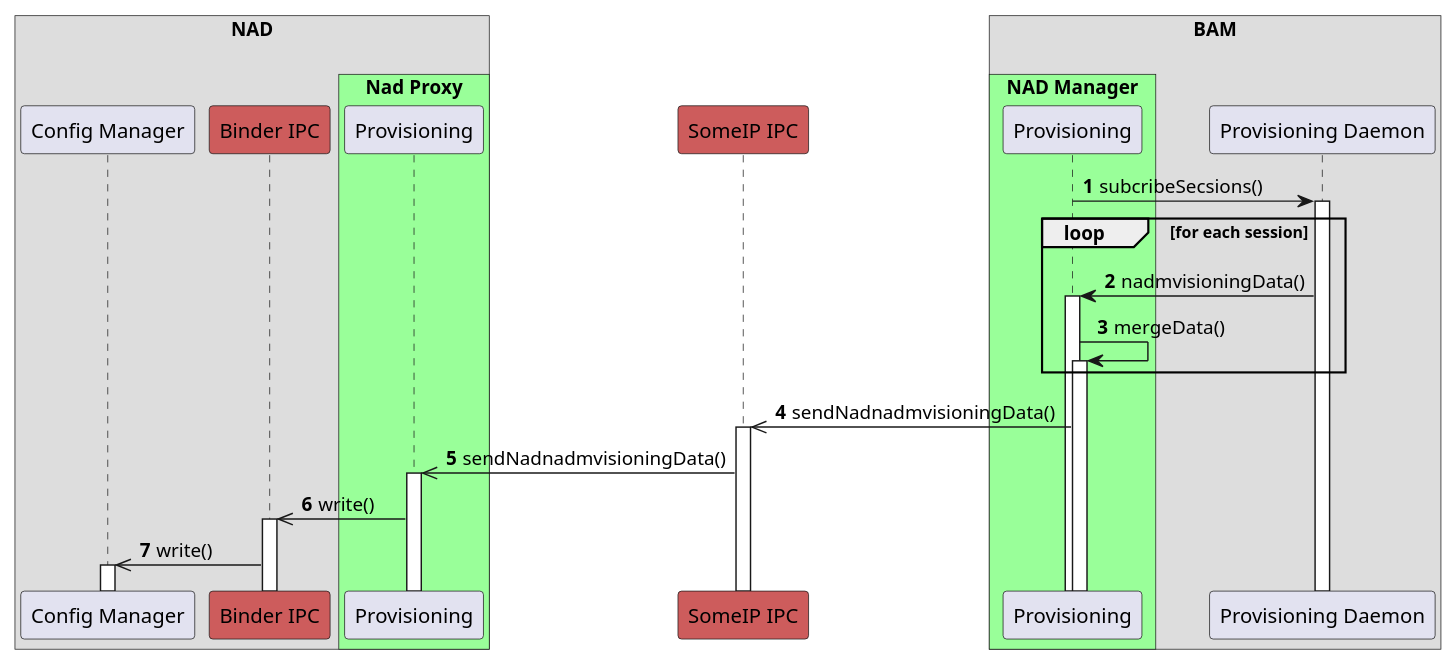
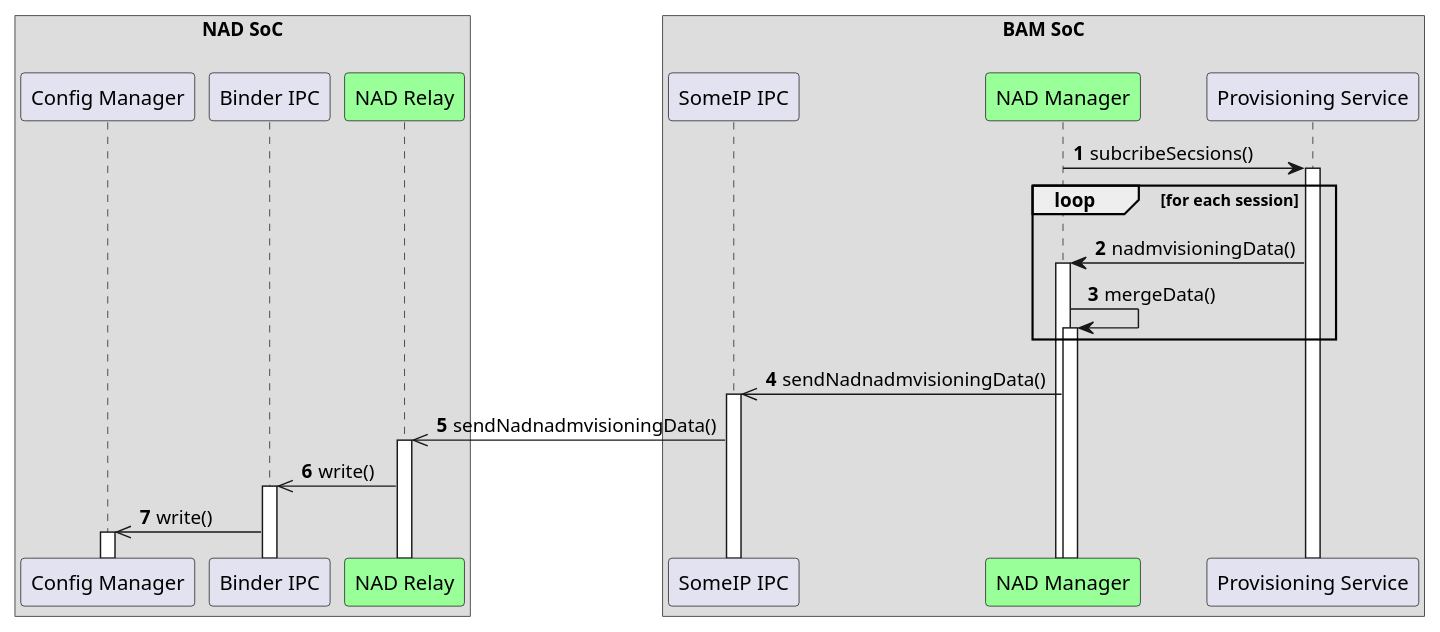
The diagram in doc/SA cert/Design/figures/sequence_diagram/provisioning.wsd (taikt/codefun), drawn with PlantUML before and after one commit. The commit also changed 18 other files, not shown here.

```diff
--- a/doc/SA cert/Design/figures/sequence_diagram/provisioning.wsd
+++ b/doc/SA cert/Design/figures/sequence_diagram/provisioning.wsd
@@ -1,43 +1,43 @@
 !pragma teoz true
 autonumber
 autoactivate on
-box "NAD\n"
+box "NAD SoC\n"
 
     participant "Config Manager" as config
 
-    participant "Binder IPC" as bin #IndianRed
+    participant "Binder IPC" as bin 
     
 
-    box "Nad Proxy" #99FF99
-    participant "Provisioning" as nadm_nadm
-    end box
+   
+    participant "NAD Relay" as nadm_nadm #99FF99
+
 
 end box
 
-    participant "SomeIP IPC" as sip #IndianRed
+   
 
-box "BAM\n"
+box "BAM SoC\n"
 
- 
-    box "NAD Manager" #99FF99
-    participant "Provisioning" as nadm
-    end box
+     participant "SomeIP IPC" as sip 
+  
+    participant "NAD Manager" as nadm #99FF99
+   
 
-    participant "Provisioning Daemon" as nadm_data
+    participant "Provisioning Service" as nadm_data
 
 end box
 
 
 
     nadm -> nadm_data: subcribeSecsions()
     loop for each session
     nadm_data -> nadm: nadmvisioningData()
 
     nadm -> nadm: mergeData()
     end loop
 
 
     nadm ->> sip: sendNadnadmvisioningData()
     sip ->> nadm_nadm: sendNadnadmvisioningData()
     nadm_nadm ->> bin: write()
     bin ->> config: write()
```
